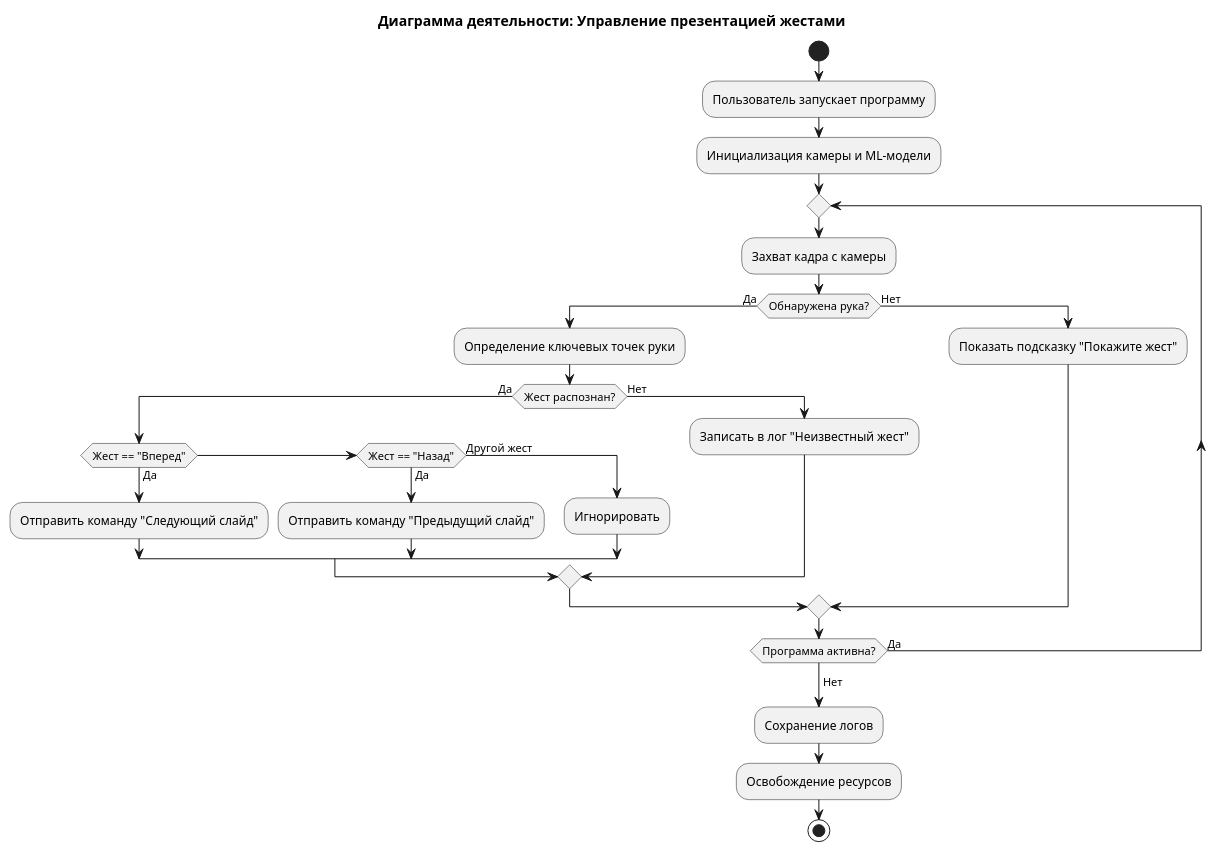
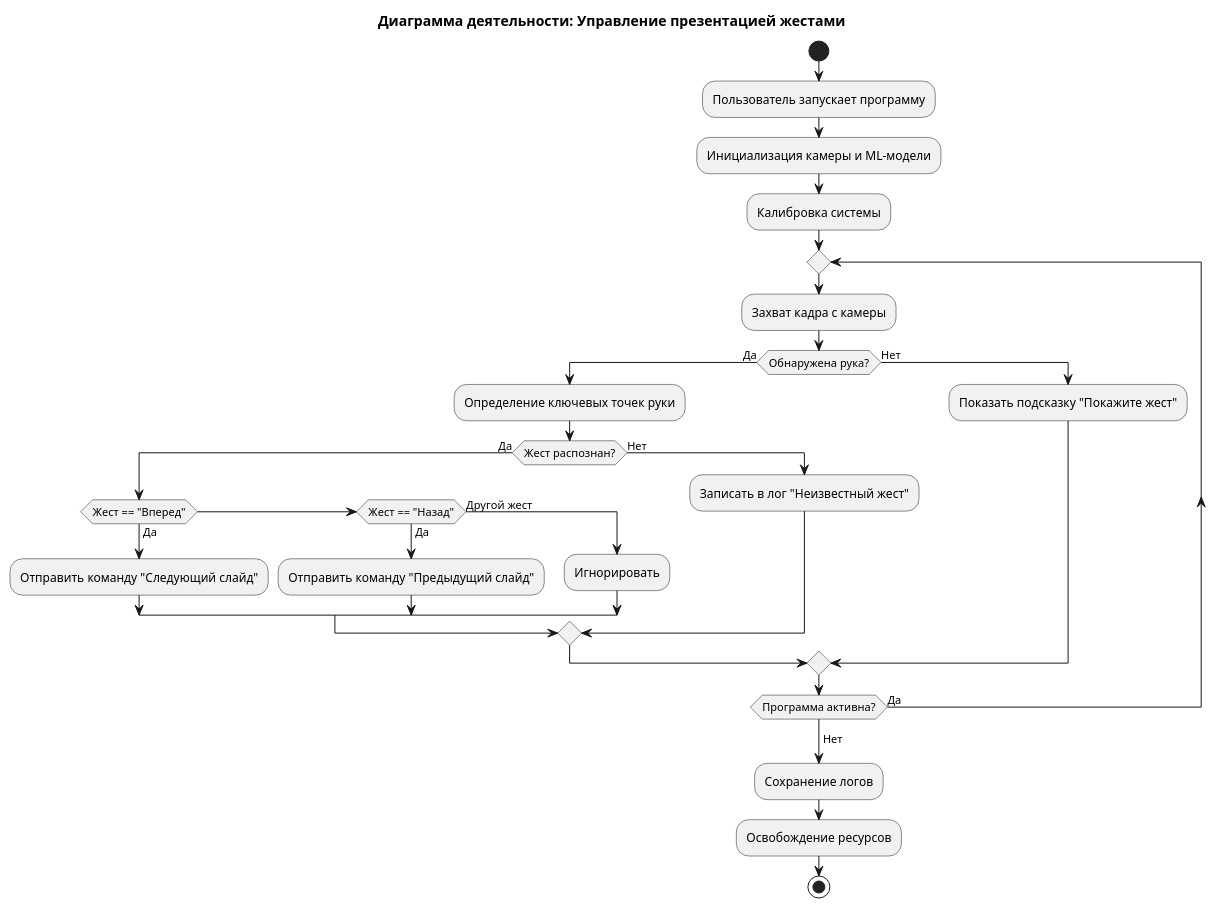
Before and after one commit to MarinaVasilevaIVT/uml_diagrams_for_vkr: the fifth of 5 diagrams in README.md, drawn with PlantUML. The commit also changed other lines of this file, not shown here.

````diff
--- a/README.md
+++ b/README.md
@@ -207,38 +395,39 @@
 ```uml
 @startuml
 title Диаграмма деятельности: Управление презентацией жестами
 
 start
 
 :Пользователь запускает программу;
 :Инициализация камеры и ML-модели;
+:Калибровка системы;
 
 repeat
   :Захват кадра с камеры;
   
   if (Обнаружена рука?) then (Да)
     :Определение ключевых точек руки;
     if (Жест распознан?) then (Да)
       if (Жест == "Вперед") then (Да)
         :Отправить команду "Следующий слайд";
       else if (Жест == "Назад") then (Да)
         :Отправить команду "Предыдущий слайд";
       else (Другой жест)
         :Игнорировать;
       endif
     else (Нет)
       :Записать в лог "Неизвестный жест";
     endif
   else (Нет)
     :Показать подсказку "Покажите жест";
   endif
   
 repeat while (Программа активна?) is (Да)
 ->Нет;
 
 :Сохранение логов;
 :Освобождение ресурсов;
 
 stop
 @enduml
 ```
````
